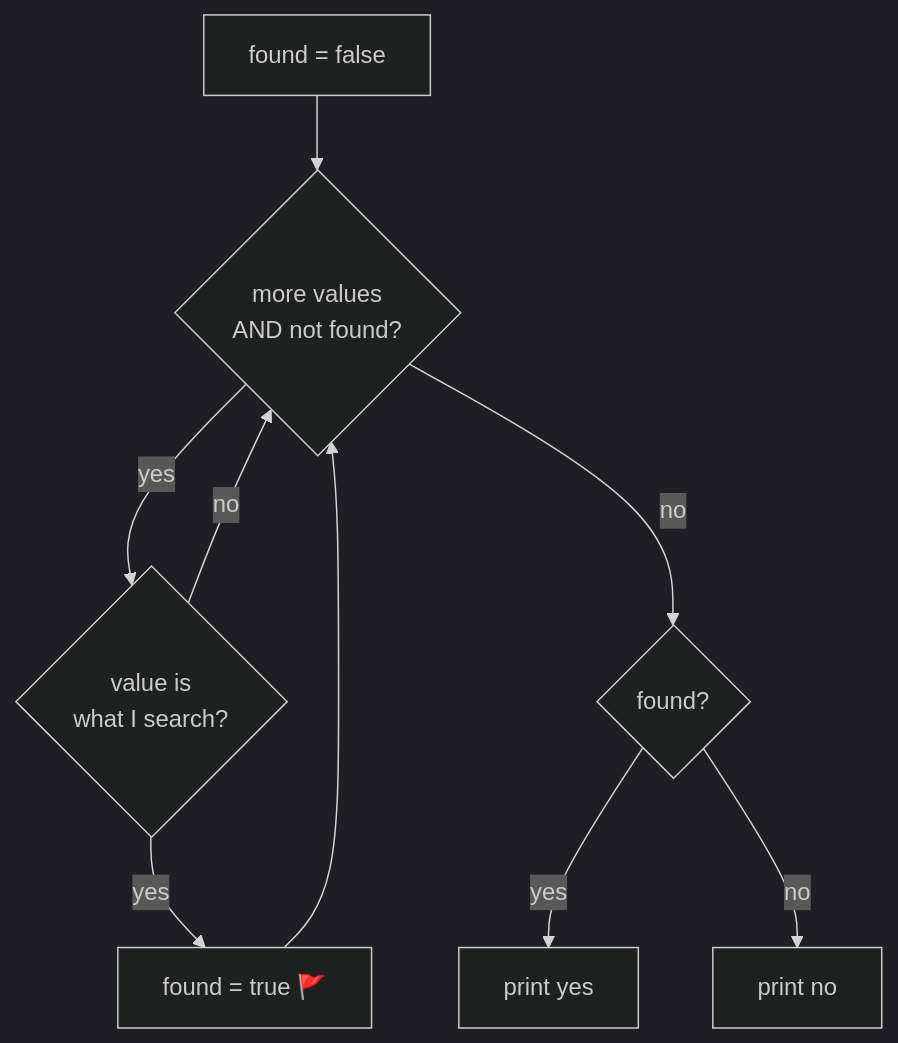
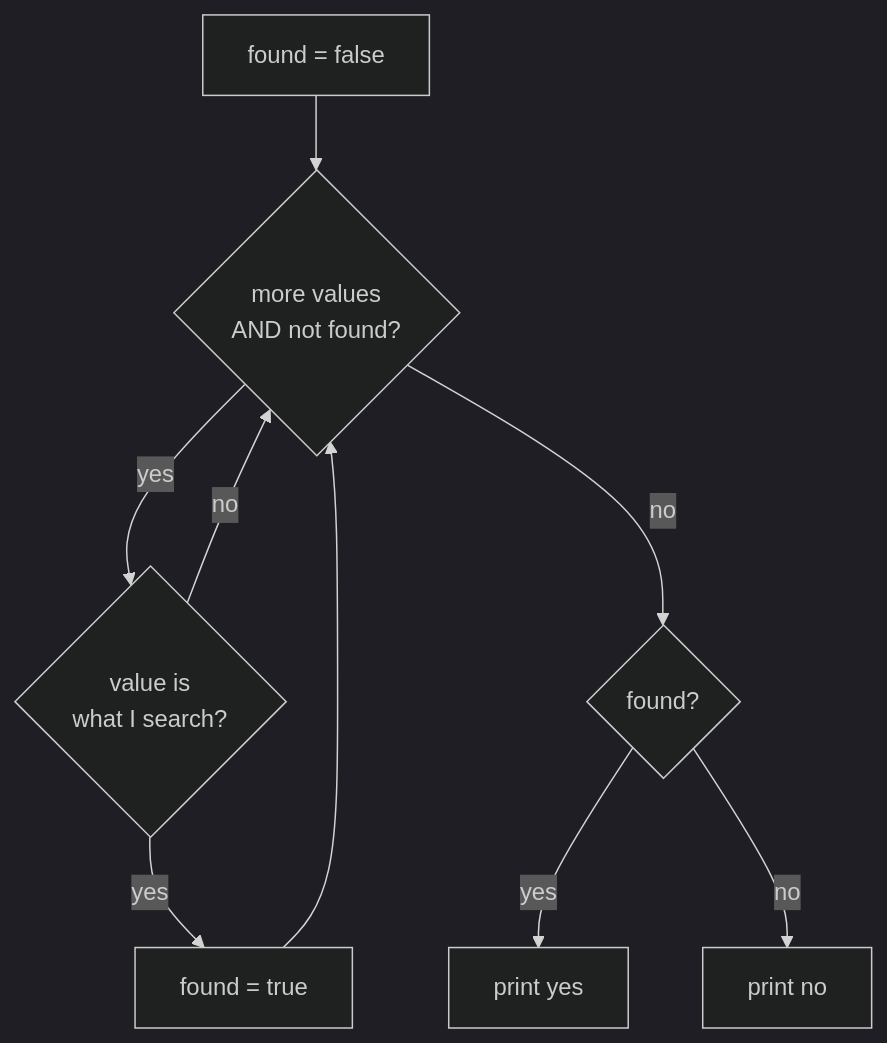
One commit to lfarci/csharp-programming-fundamentals changed the diagram in cookbook/05-flag-search.md. Above: the diagram before and after it, drawn with Mermaid (dark theme). The commit also changed other lines of this file and 242 other files, not shown here.

````diff
--- a/cookbook/05-flag-search.md
+++ b/cookbook/05-flag-search.md
@@ -73,13 +73,13 @@
 ```mermaid
 flowchart TD
     accTitle: Flag search
     accDescr: Set found to false. While there are more values and nothing is found, test each value. If it is the one searched for, set found to true. At the end, use found.
     A["found = false"] --> B{"more values<br/>AND not found?"}
     B -- yes --> C{"value is<br/>what I search?"}
-    C -- yes --> D["found = true 🚩"]
+    C -- yes --> D["found = true "]
     C -- no --> B
     D --> B
     B -- no --> E{"found?"}
     E -- yes --> F["print yes"]
     E -- no --> G["print no"]
 ```
````
